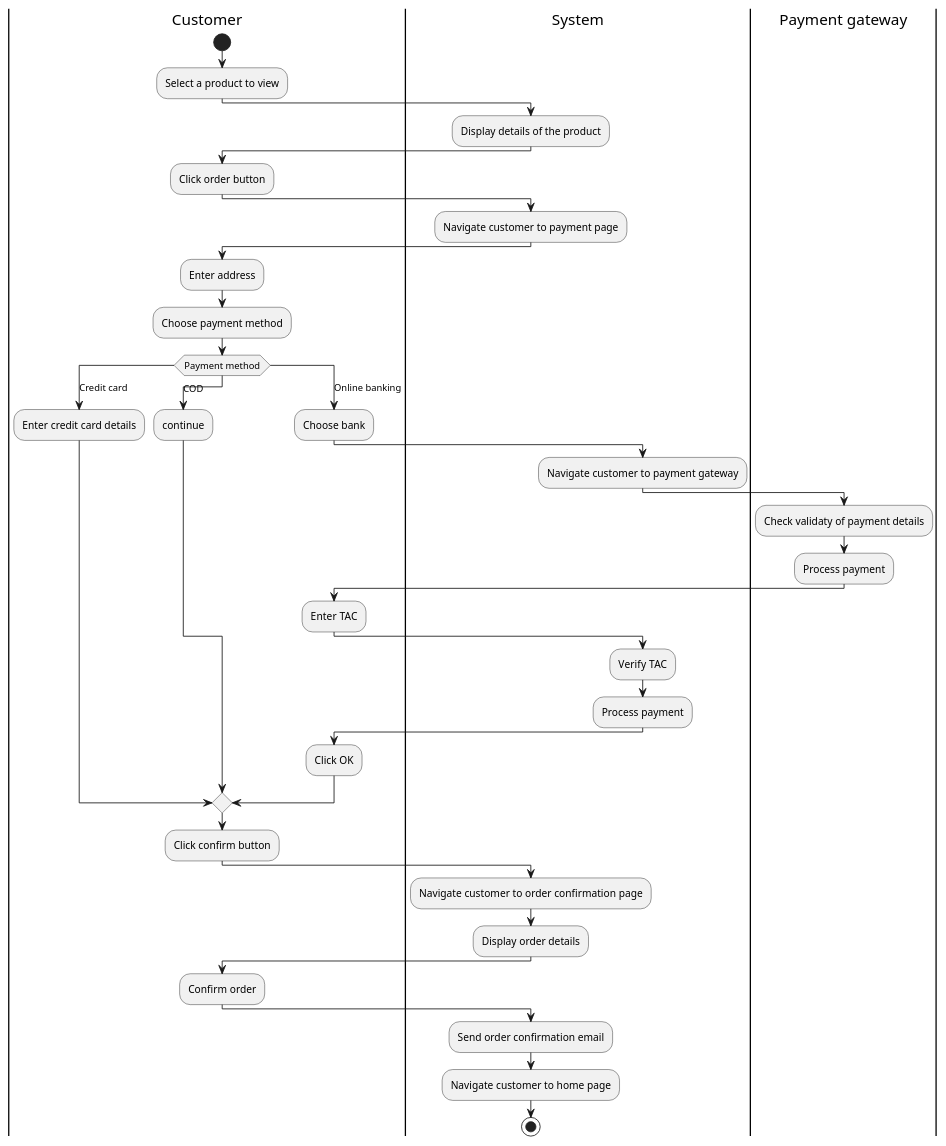
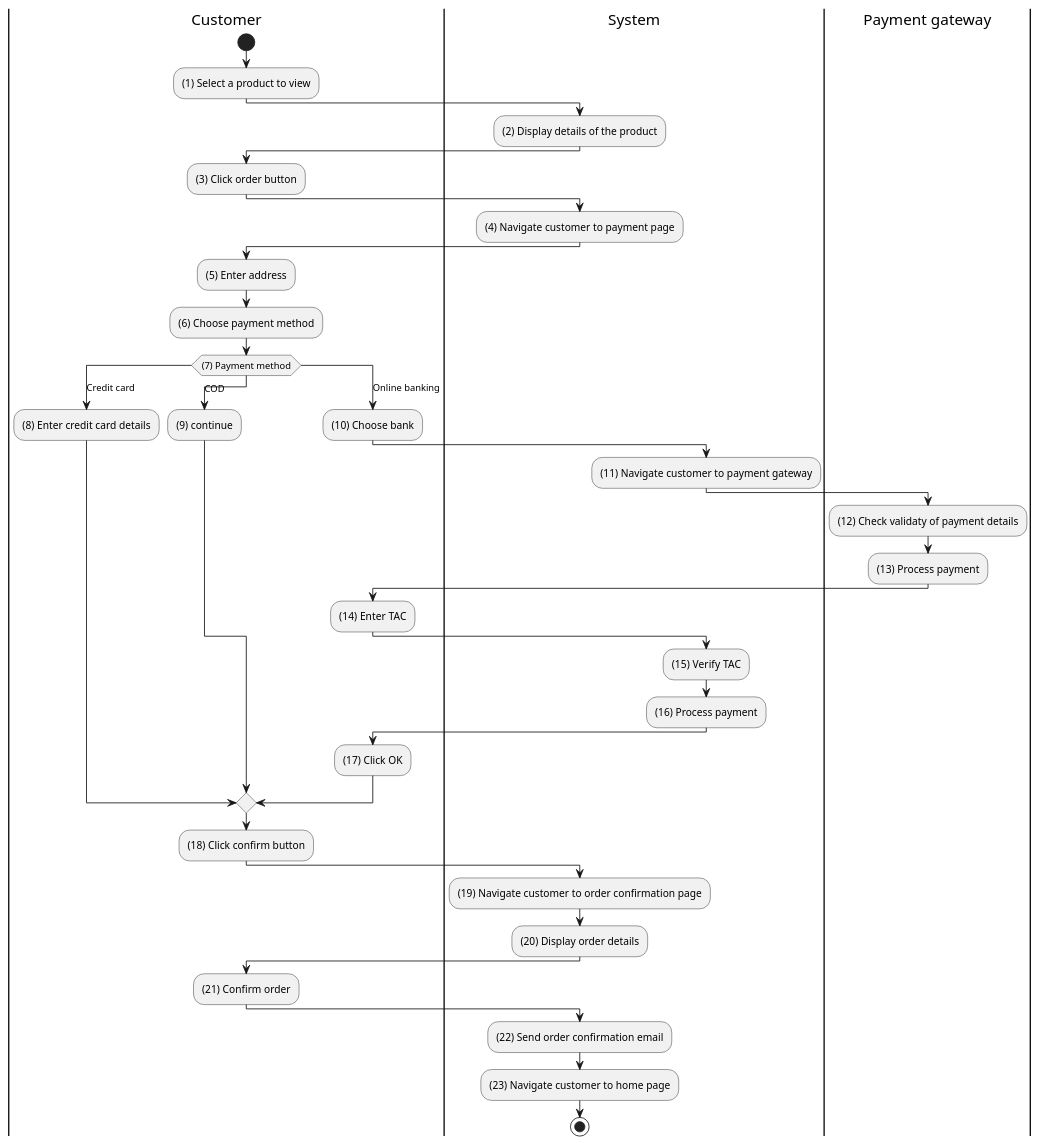
The diagram in Lab1/Lab1.2/Activity/create-order.puml (tuankietcoderr/SE357-Practice-class), drawn with PlantUML before and after one commit. The commit also changed 10 other files, not shown here.

```diff
--- a/Lab1/Lab1.2/Activity/create-order.puml
+++ b/Lab1/Lab1.2/Activity/create-order.puml
@@ -1,48 +1,48 @@
 @startuml Create order
 |Customer|
 start
-:Select a product to view;
+:(1) Select a product to view;
 |System|
-:Display details of the product;
+:(2) Display details of the product;
 |Customer|
-:Click order button;
+:(3) Click order button;
 |System|
-:Navigate customer to payment page;
+:(4) Navigate customer to payment page;
 |Customer|
-:Enter address;
-:Choose payment method;
-switch (Payment method)
+:(5) Enter address;
+:(6) Choose payment method;
+switch ((7) Payment method)
 case (Credit card)
     |Customer|
-    :Enter credit card details;
+    :(8) Enter credit card details;
 case (COD)
     |Customer|
-    :continue;
+    :(9) continue;
 case (Online banking)
     |Customer|
-    :Choose bank;
+    :(10) Choose bank;
     |System|
-    :Navigate customer to payment gateway;
+    :(11) Navigate customer to payment gateway;
     |Payment gateway|
-    :Check validaty of payment details;
-    :Process payment;
+    :(12) Check validaty of payment details;
+    :(13) Process payment;
     |Customer|
-    :Enter TAC;
+    :(14) Enter TAC;
     |System|
-    :Verify TAC;
-    :Process payment;
+    :(15) Verify TAC;
+    :(16) Process payment;
     |Customer|
-    :Click OK;
+    :(17) Click OK;
 endswitch
 |Customer|
-:Click confirm button;
+:(18) Click confirm button;
 |System|
-:Navigate customer to order confirmation page;
-:Display order details;
+:(19) Navigate customer to order confirmation page;
+:(20) Display order details;
 |Customer|
-:Confirm order;
+:(21) Confirm order;
 |System|
-:Send order confirmation email;
-:Navigate customer to home page;
+:(22) Send order confirmation email;
+:(23) Navigate customer to home page;
 stop
 @enduml
```
